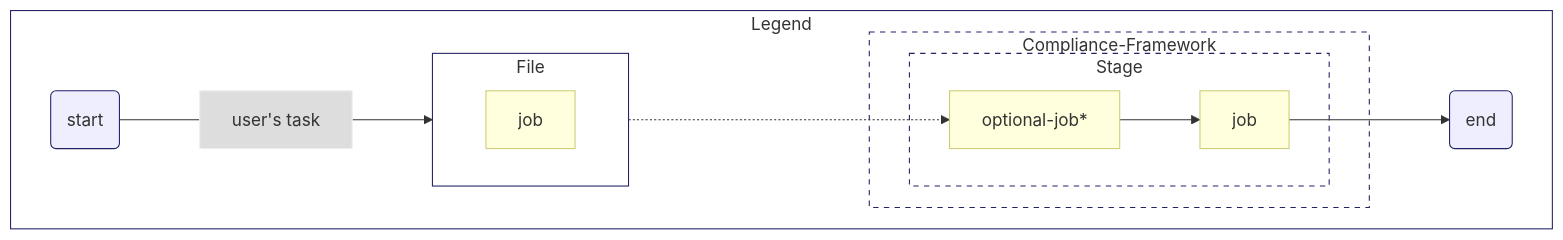
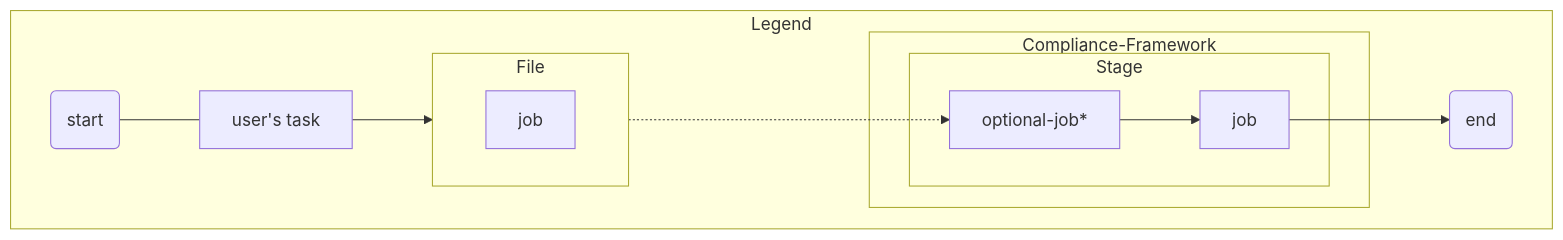
Before and after one commit to anbarisker/mermaid-debugger: the second of 2 diagrams in advanced/mermaid.md, drawn with Mermaid. The commit also changed other lines of this file, not shown here.

Commit message:
Trying out flowcharts

````diff
--- a/advanced/mermaid.md
+++ b/advanced/mermaid.md
@@ -63,30 +128,18 @@
 ```mermaid
 flowchart LR
 	subgraph "Legend"
 		direction LR
 		n1(start) --- a1["user's task"] --> j1
 		j1 -...-> j2
 		j3 --> n2(end)
 		subgraph "Compliance-Framework"
 			subgraph "Stage"
 				j2[optional-job*] --> j3[job]
 			end
 		end
-		
 		subgraph "File"
 			direction LR
 			j1[job]
 		end
 	end
-
-	classDef J fill:#ffd,stroke:#cc7;
-	class j1,j2,j3 J;
-	classDef A fill:#ddd,stroke:#eee;
-	class a1 A;
-	classDef F fill:#fff,stroke:#226;
-	class File,Legend F;
-	classDef C fill:#fff,stroke:#226,stroke-dasharray: 5 5;
-	class Compliance-Framework,Stage C;
-	classDef N fill:#eef,stroke:#226;
-	class n1,n2 N;
 ```
````
